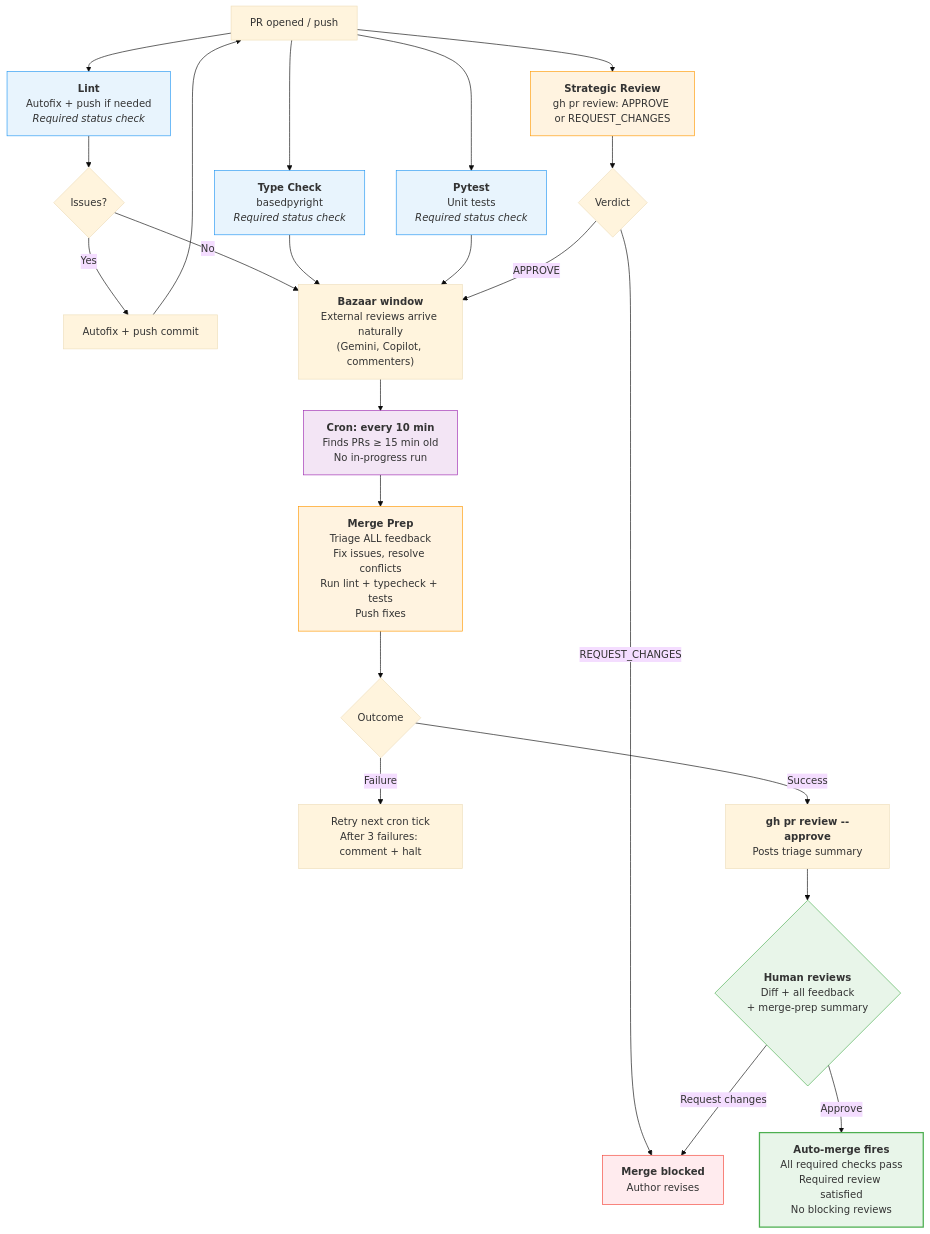
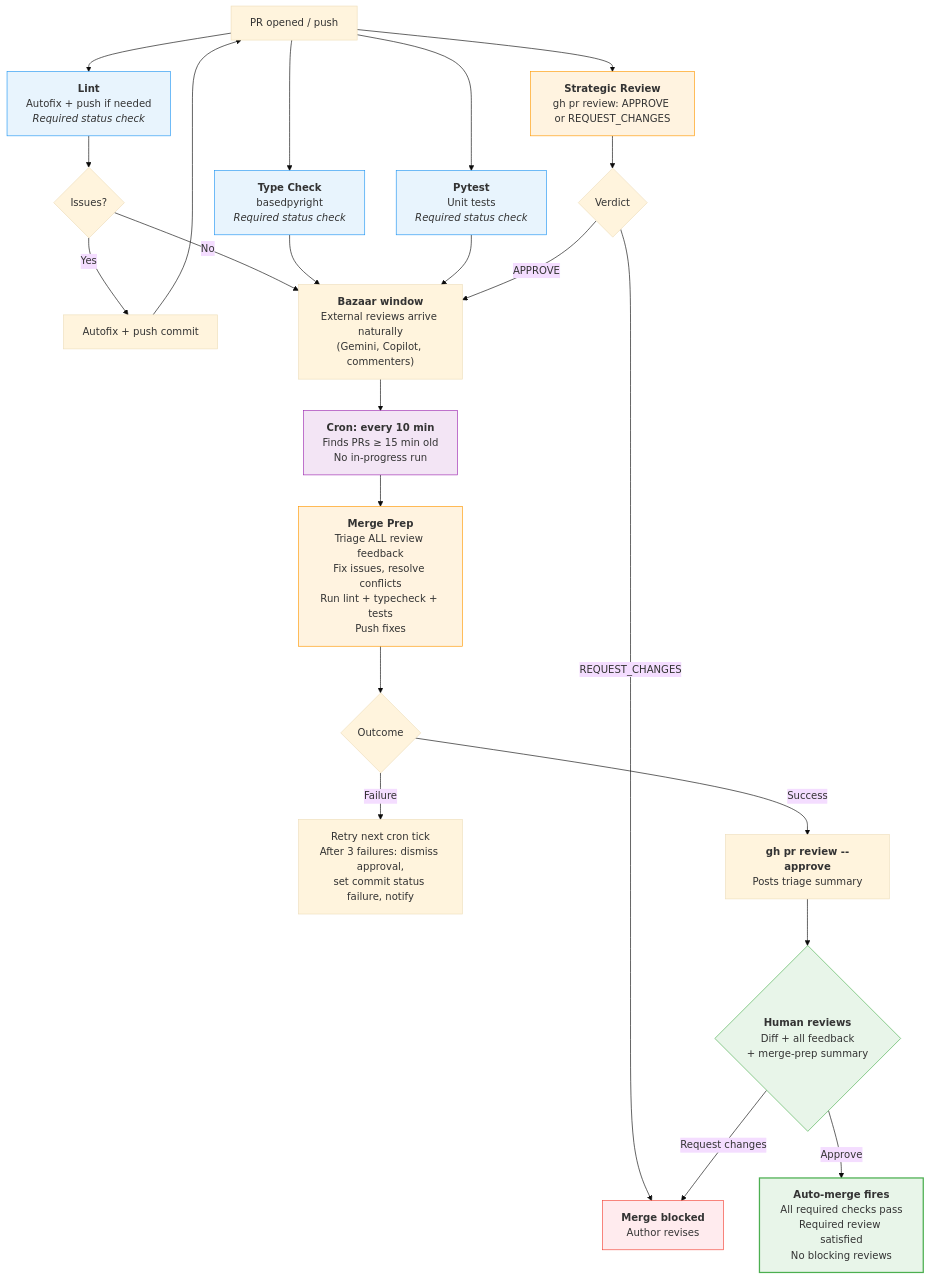
The diagram in specs/pr-pipeline-v2.md (nicsuzor/academicOps), drawn with Mermaid (base theme) before and after one commit. The commit also changed other lines of this file, not shown here.

First line of the commit message:
spec: address review feedback — loop ceiling, commit-status halt, no comment parsing

````diff
--- a/specs/pr-pipeline-v2.md
+++ b/specs/pr-pipeline-v2.md
@@ -42,52 +42,52 @@
 ```mermaid
 flowchart TD
     PR["PR opened / push"]
 
     %% Phase 1: On every push — independent, deterministic
     PR --> Lint["<b>Lint</b><br/>Autofix + push if needed<br/><i>Required status check</i>"]
     PR --> TC["<b>Type Check</b><br/>basedpyright<br/><i>Required status check</i>"]
     PR --> Test["<b>Pytest</b><br/>Unit tests<br/><i>Required status check</i>"]
     PR --> SR["<b>Strategic Review</b><br/>gh pr review: APPROVE or REQUEST_CHANGES"]
 
     Lint --> LintFix{Issues?}
     LintFix -- Yes --> AutoFix["Autofix + push commit"]
     AutoFix --> PR
     LintFix -- No --> Phase2
 
     TC --> Phase2
     Test --> Phase2
     SR --> SRV{Verdict}
     SRV -- REQUEST_CHANGES --> Blocked["<b>Merge blocked</b><br/>Author revises"]
     SRV -- APPROVE --> Phase2["<b>Bazaar window</b><br/>External reviews arrive naturally<br/>(Gemini, Copilot, commenters)"]
 
     %% Phase 2: Cron — no human trigger needed
     Phase2 --> Cron["<b>Cron: every 10 min</b><br/>Finds PRs ≥ 15 min old<br/>No in-progress run"]
 
-    Cron --> MP["<b>Merge Prep</b><br/>Triage ALL feedback<br/>Fix issues, resolve conflicts<br/>Run lint + typecheck + tests<br/>Push fixes"]
+    Cron --> MP["<b>Merge Prep</b><br/>Triage ALL review feedback<br/>Fix issues, resolve conflicts<br/>Run lint + typecheck + tests<br/>Push fixes"]
     MP --> MPV{Outcome}
-    MPV -- Failure --> RetryOrEscalate["Retry next cron tick<br/>After 3 failures: comment + halt"]
+    MPV -- Failure --> RetryOrEscalate["Retry next cron tick<br/>After 3 failures: dismiss approval,<br/>set commit status failure, notify"]
     MPV -- Success --> MPApprove["<b>gh pr review --approve</b><br/>Posts triage summary"]
 
     %% Phase 3: Human decision
     MPApprove --> Human{"<b>Human reviews</b><br/>Diff + all feedback<br/>+ merge-prep summary"}
     Human -- "Request changes" --> Blocked
     Human -- "Approve" --> AutoMerge
 
     %% Phase 4: Auto-merge
     AutoMerge["<b>Auto-merge fires</b><br/>All required checks pass<br/>Required review satisfied<br/>No blocking reviews"]
 
     %% Styling
     classDef check fill:#e8f4fd,stroke:#2196f3
     classDef agent fill:#fff3e0,stroke:#ff9800
     classDef human fill:#e8f5e9,stroke:#4caf50
     classDef success fill:#e8f5e9,stroke:#4caf50,stroke-width:2px
     classDef fail fill:#ffebee,stroke:#f44336
     classDef cron fill:#f3e5f5,stroke:#9c27b0
 
     class Lint,TC,Test check
     class SR,MP agent
     class Human human
     class AutoMerge success
     class Blocked fail
     class Cron cron
 ```
````
